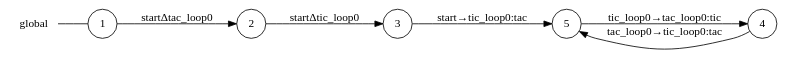
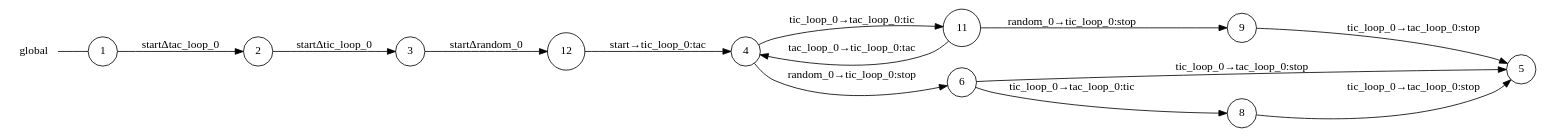
Before and after one commit to gabrielegenovese/chorer: the diagram in examples/ticktack/start_global_view.dot, drawn with Graphviz. The commit also changed 8 other files, not shown here.

```diff
--- a/examples/ticktack/start_global_view.dot
+++ b/examples/ticktack/start_global_view.dot
@@ -1,16 +1,28 @@
 digraph global {
 	rankdir="LR";
 	n_0 [label="global", shape="plaintext"];
 	n_1 [id="5", shape=circle, label="5"];
-	n_2 [id="1", shape=circle, label="1"];
-	n_0 -> n_2 [arrowhead=none];
-	n_3 [id="2", shape=circle, label="2"];
-	n_4 [id="4", shape=circle, label="4"];
-	n_5 [id="3", shape=circle, label="3"];
+	n_2 [id="12", shape=circle, label="12"];
+	n_3 [id="11", shape=circle, label="11"];
+	n_4 [id="6", shape=circle, label="6"];
+	n_5 [id="1", shape=circle, label="1"];
+	n_0 -> n_5 [arrowhead=none];
+	n_6 [id="9", shape=circle, label="9"];
+	n_7 [id="2", shape=circle, label="2"];
+	n_8 [id="8", shape=circle, label="8"];
+	n_9 [id="4", shape=circle, label="4"];
+	n_10 [id="3", shape=circle, label="3"];
 
-	n_3 -> n_5 [id="[$e|2]", label="startΔtic_loop0"];
-	n_4 -> n_1 [id="[$e|0]", label="tac_loop0→tic_loop0:tac"];
-	n_2 -> n_3 [id="[$e|1]", label="startΔtac_loop0"];
-	n_5 -> n_1 [id="[$e|3]", label="start→tic_loop0:tac"];
-	n_1 -> n_4 [id="[$e|4]", label="tic_loop0→tac_loop0:tic"];
+	n_2 -> n_9 [id="[$e|10]", label="start→tic_loop_0:tac"];
+	n_4 -> n_1 [id="[$e|13]", label="tic_loop_0→tac_loop_0:stop"];
+	n_5 -> n_7 [id="[$e|0]", label="startΔtac_loop_0"];
+	n_10 -> n_2 [id="[$e|1]", label="startΔrandom_0"];
+	n_8 -> n_1 [id="[$e|7]", label="tic_loop_0→tac_loop_0:stop"];
+	n_9 -> n_3 [id="[$e|11]", label="tic_loop_0→tac_loop_0:tic"];
+	n_6 -> n_1 [id="[$e|14]", label="tic_loop_0→tac_loop_0:stop"];
+	n_9 -> n_4 [id="[$e|5]", label="random_0→tic_loop_0:stop"];
+	n_3 -> n_9 [id="[$e|6]", label="tac_loop_0→tic_loop_0:tac"];
+	n_4 -> n_8 [id="[$e|9]", label="tic_loop_0→tac_loop_0:tic"];
+	n_7 -> n_10 [id="[$e|3]", label="startΔtic_loop_0"];
+	n_3 -> n_6 [id="[$e|8]", label="random_0→tic_loop_0:stop"];
 }
```
